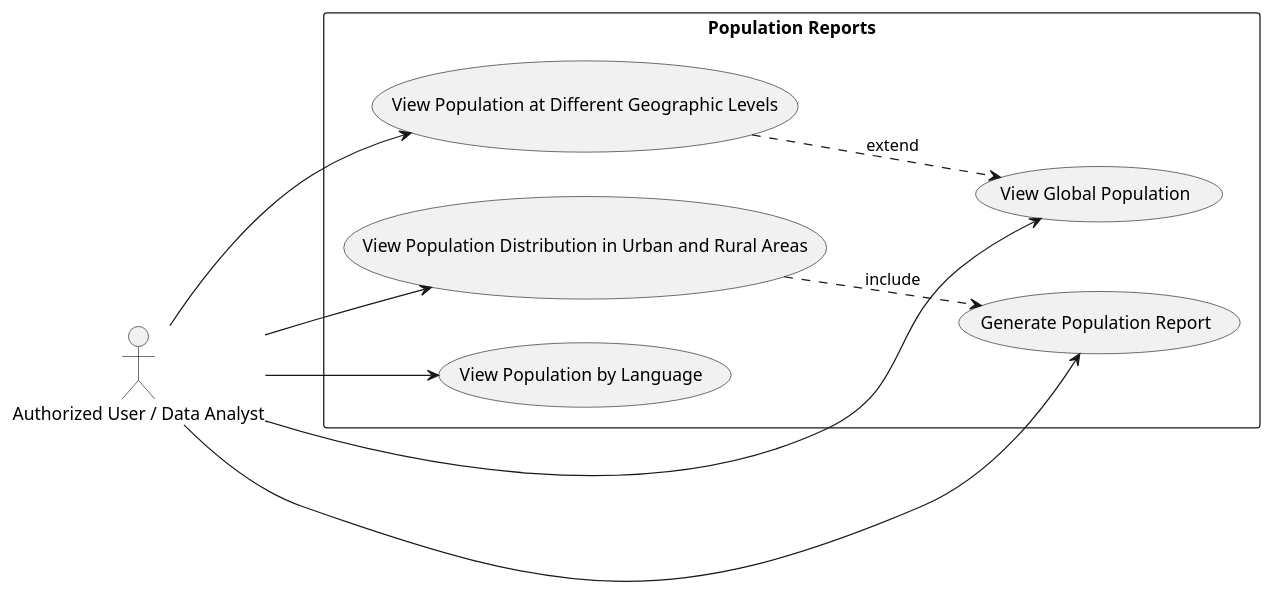
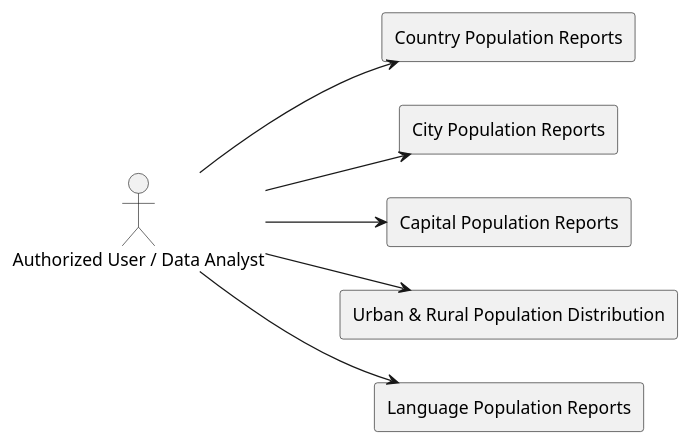
The diagram in Use-Case-Diagram.Puml (acole-407930/SET08803-Coursework-Group-15), drawn with PlantUML before and after one commit.

Commit message:
Added an update to Use case diagram and included a diagram description

```diff
--- a/Use-Case-Diagram.Puml
+++ b/Use-Case-Diagram.Puml
@@ -1,27 +1,17 @@
 @startuml
-' Set layout direction
 left to right direction
 
-' Define actor
 actor "Authorized User / Data Analyst" as User
 
-' Define use cases
-rectangle "Population Reports" {
-  (View Global Population)
-  (View Population at Different Geographic Levels)
-  (View Population Distribution in Urban and Rural Areas)
-  (View Population by Language)
-  (Generate Population Report)
-}
+rectangle "Country Population Reports" as Country
+rectangle "City Population Reports" as City
+rectangle "Capital Population Reports" as Capital
+rectangle "Urban & Rural Population Distribution" as UrbanRural
+rectangle "Language Population Reports" as Language
 
-' Actor interactions
-User --> (View Global Population)
-User --> (View Population at Different Geographic Levels)
-User --> (View Population Distribution in Urban and Rural Areas)
-User --> (View Population by Language)
-User --> (Generate Population Report)
-
-' Relationships between use cases
-(View Population Distribution in Urban and Rural Areas) ..> (Generate Population Report): «include»
-(View Population at Different Geographic Levels) ..> (View Global Population): «extend»
+User --> Country
+User --> City
+User --> Capital
+User --> UrbanRural
+User --> Language
 @enduml
```
